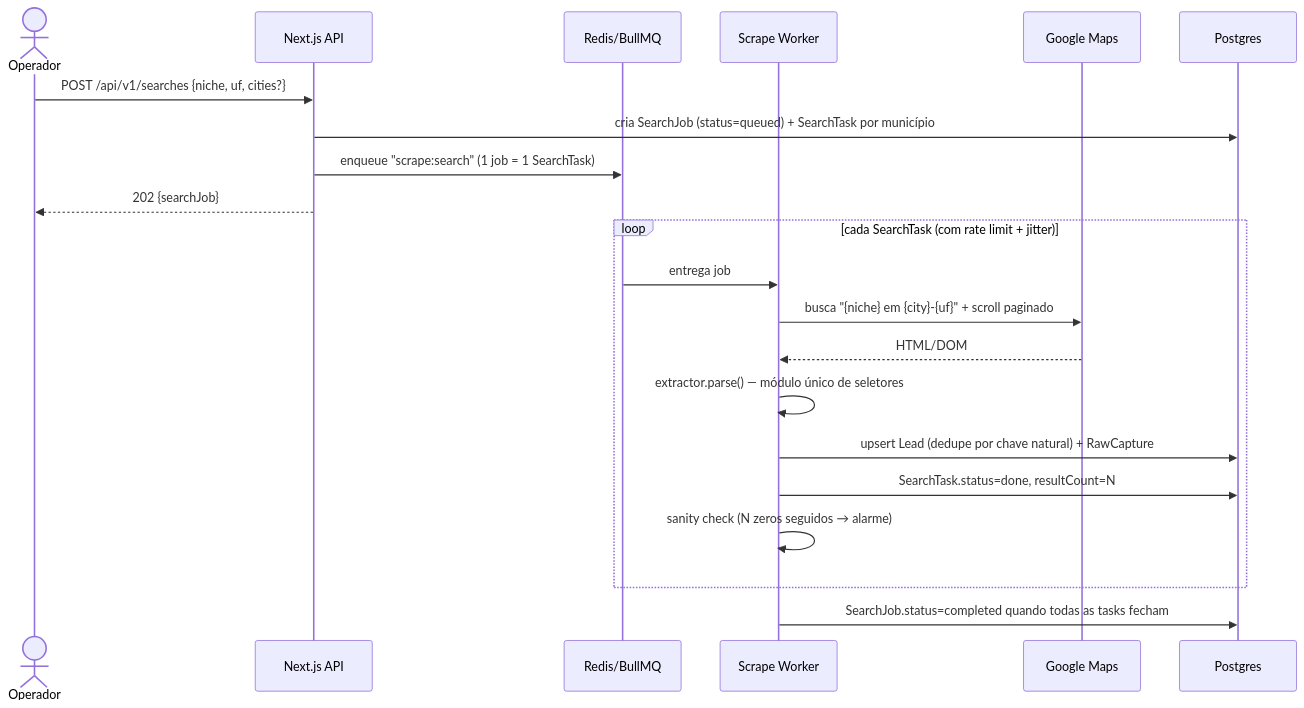
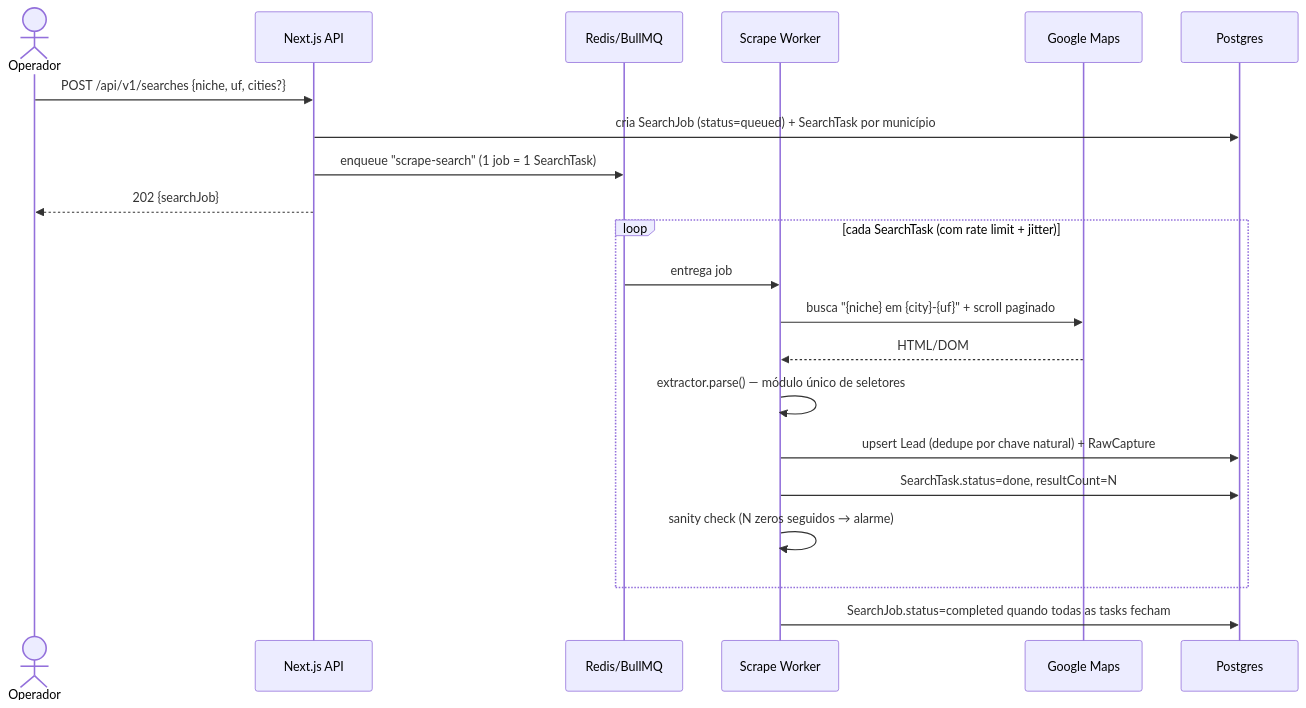
One commit to OverSoccerClub/InnoProspect changed the second of 6 diagrams in ARQUITETURA.md. Above: the diagram before and after it, drawn with Mermaid. The commit also changed other lines of this file and 17 other files, not shown here.

````diff
--- a/ARQUITETURA.md
+++ b/ARQUITETURA.md
@@ -238,24 +238,24 @@
 ```mermaid
 sequenceDiagram
     actor U as Operador
     participant W as Next.js API
     participant Q as Redis/BullMQ
     participant S as Scrape Worker
     participant G as Google Maps
     participant P as Postgres
 
     U->>W: POST /api/v1/searches {niche, uf, cities?}
     W->>P: cria SearchJob (status=queued) + SearchTask por município
-    W->>Q: enqueue "scrape:search" (1 job = 1 SearchTask)
+    W->>Q: enqueue "scrape-search" (1 job = 1 SearchTask)
     W-->>U: 202 {searchJob}
     loop cada SearchTask (com rate limit + jitter)
         Q->>S: entrega job
         S->>G: busca "{niche} em {city}-{uf}" + scroll paginado
         G-->>S: HTML/DOM
         S->>S: extractor.parse() — módulo único de seletores
         S->>P: upsert Lead (dedupe por chave natural) + RawCapture
         S->>P: SearchTask.status=done, resultCount=N
         S->>S: sanity check (N zeros seguidos → alarme)
     end
     S->>P: SearchJob.status=completed quando todas as tasks fecham
 ```
````
